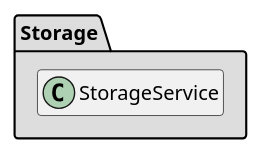
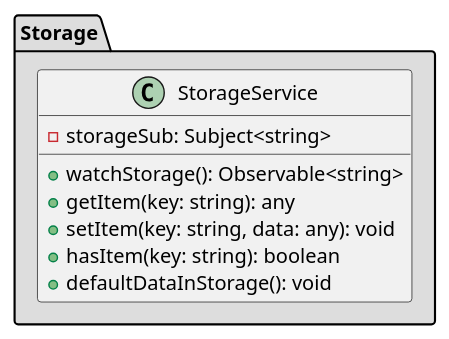
One commit to nonodev96/THUMDER changed the diagram in UML/THUMDER-core-Storage.puml. Above: the diagram before and after it, drawn with PlantUML. The commit also changed 25 other files, not shown here.

```diff
--- a/UML/THUMDER-core-Storage.puml
+++ b/UML/THUMDER-core-Storage.puml
@@ -1,20 +1,21 @@
 @startuml
-hide class fields
-hide class method
-hide interface fields
-hide interface method
+'hide class fields
+'hide class method
+'hide interface fields
+'hide interface method
 
+skinparam defaultFontName "JetBrains Mono"
 skinparam linetype ortho
 
 package Storage #DDDDDD {
   class StorageService {
     -storageSub: Subject<string>
     +watchStorage(): Observable<string>
     +getItem(key: string): any
     +setItem(key: string, data: any): void
     +hasItem(key: string): boolean
     +defaultDataInStorage(): void
   }
 }
 
 @enduml
```
